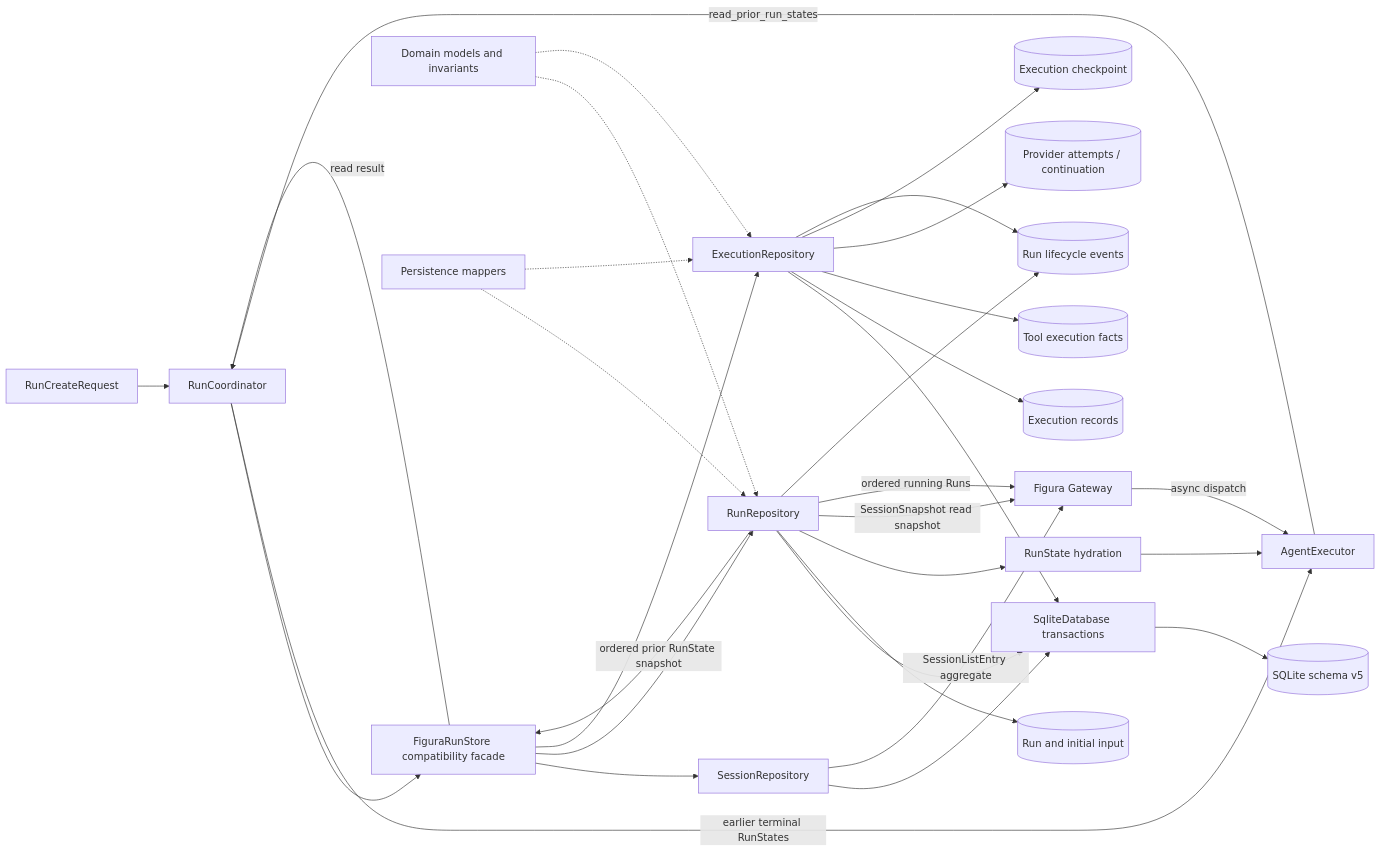
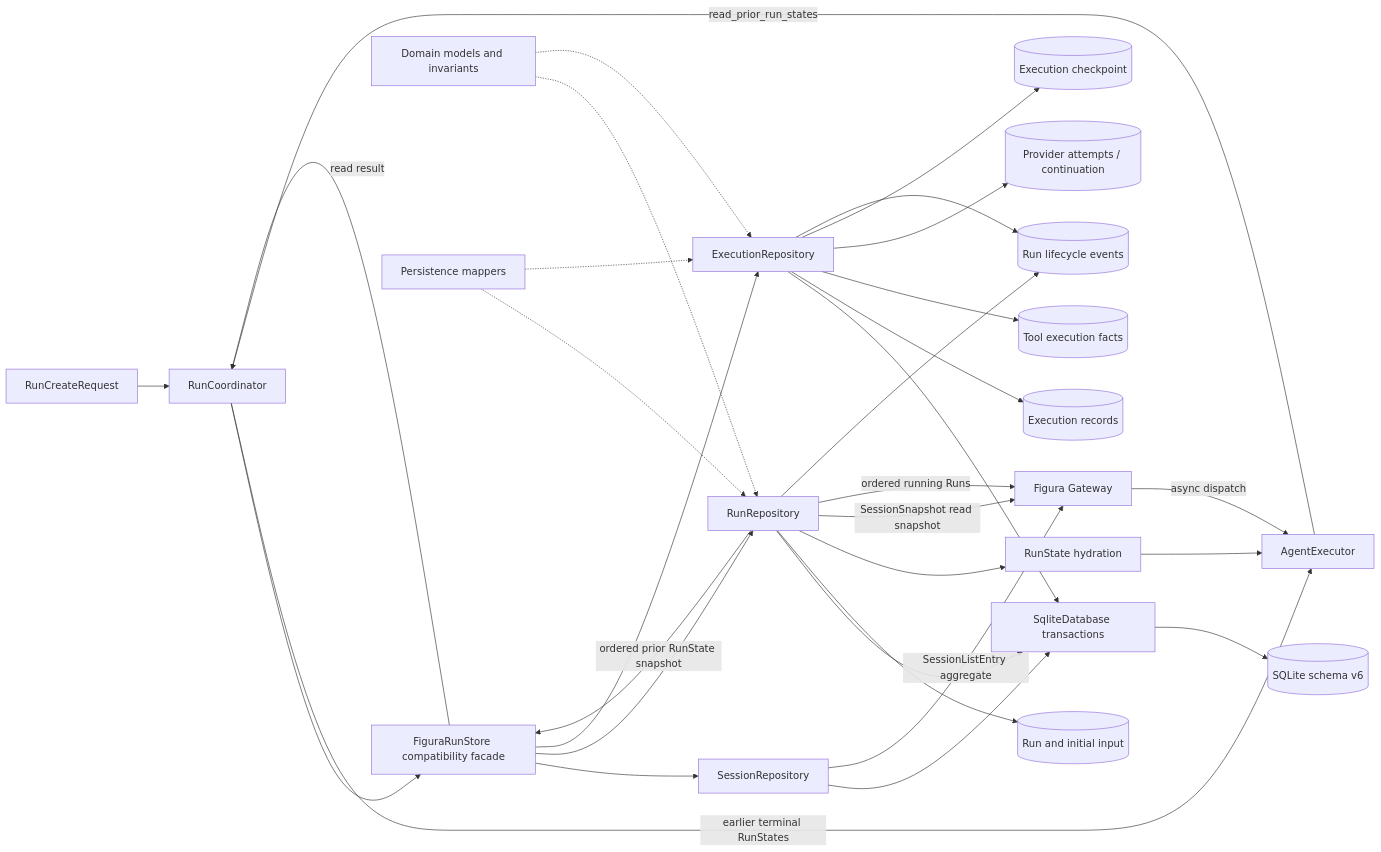
One commit to YeZibn/Figura changed the diagram in docs/figura/runtime.md. Above: the diagram before and after it, drawn with Mermaid. The commit also changed other lines of this file and 51 other files, not shown here.

Commit message:
feat(panel): 新增 Figura 面板图像工具及前端展示能力

````diff
--- a/docs/figura/runtime.md
+++ b/docs/figura/runtime.md
@@ -9,33 +9,33 @@
 ```mermaid
 flowchart LR
     Create[RunCreateRequest] --> Coordinator[RunCoordinator]
     Coordinator --> Store[FiguraRunStore compatibility facade]
     Store --> SessionRepo[SessionRepository]
     Store --> RunRepo[RunRepository]
     Store --> ExecutionRepo[ExecutionRepository]
     SessionRepo --> Database[SqliteDatabase transactions]
     RunRepo --> Database
     ExecutionRepo --> Database
-    Database --> SQLite[(SQLite schema v5)]
+    Database --> SQLite[(SQLite schema v6)]
     RunRepo --> Run[(Run and initial input)]
     RunRepo --> State[RunState hydration]
     SessionRepo -->|SessionListEntry aggregate| Gateway[Figura Gateway]
     RunRepo -->|SessionSnapshot read snapshot| Gateway
     RunRepo -->|ordered running Runs| Gateway
     Gateway -->|async dispatch| Agent
     Agent -->|read_prior_run_states| Coordinator
     RunRepo -->|ordered prior RunState snapshot| Store
     Store -->|read result| Coordinator
     Coordinator -->|earlier terminal RunStates| Agent
     ExecutionRepo --> Records[(Execution records)]
     ExecutionRepo --> ToolFacts[(Tool execution facts)]
     ExecutionRepo --> Attempts[(Provider attempts / continuation)]
     ExecutionRepo --> Checkpoint[(Execution checkpoint)]
     RunRepo --> Events[(Run lifecycle events)]
     ExecutionRepo --> Events
     Domain[Domain models and invariants] -.-> RunRepo
     Domain -.-> ExecutionRepo
     Mappers[Persistence mappers] -.-> RunRepo
     Mappers -.-> ExecutionRepo
     State --> Agent[AgentExecutor]
 ```
````
